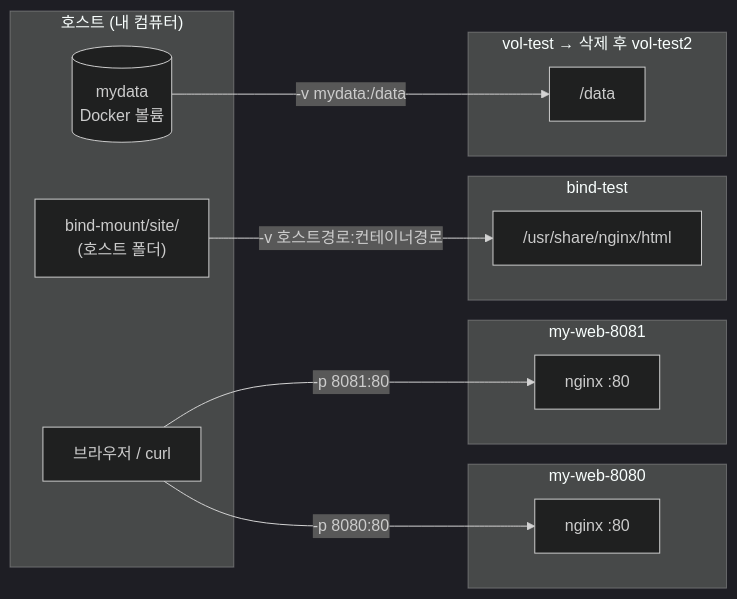
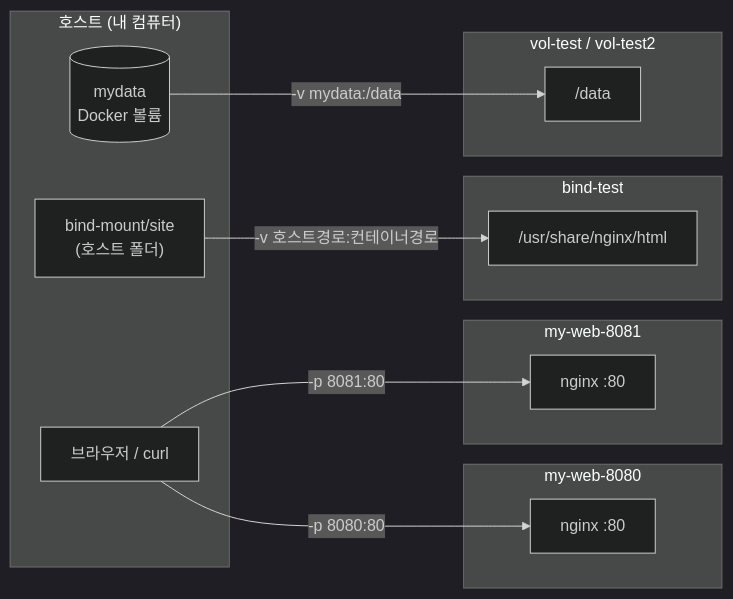
The third of 3 diagrams in README.md (ilililililil4319/E1-1), drawn with Mermaid (dark theme) before and after one commit. The commit also changed other lines of this file and 7 other files, not shown here.

````diff
--- a/README.md
+++ b/README.md
@@ -418,24 +418,24 @@
 ```mermaid
 flowchart LR
     subgraph HOST["호스트 (내 컴퓨터)"]
         BR["브라우저 / curl"]
-        DIR["bind-mount/site/<br/>(호스트 폴더)"]
+        DIR["bind-mount/site<br/>(호스트 폴더)"]
         VOL[("mydata<br/>Docker 볼륨")]
     end
     subgraph C1["my-web-8080"]
         N1["nginx :80"]
     end
     subgraph C2["my-web-8081"]
         N2["nginx :80"]
     end
     subgraph C3["bind-test"]
         H3["/usr/share/nginx/html"]
     end
-    subgraph C4["vol-test → 삭제 후 vol-test2"]
+    subgraph C4["vol-test / vol-test2"]
         D4["/data"]
     end
     BR -- "-p 8080:80" --> N1
     BR -- "-p 8081:80" --> N2
     DIR -- "-v 호스트경로:컨테이너경로" --> H3
     VOL -- "-v mydata:/data" --> D4
 ```
````
